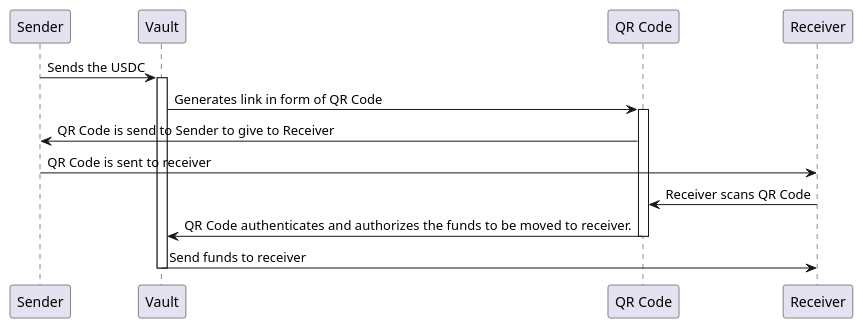
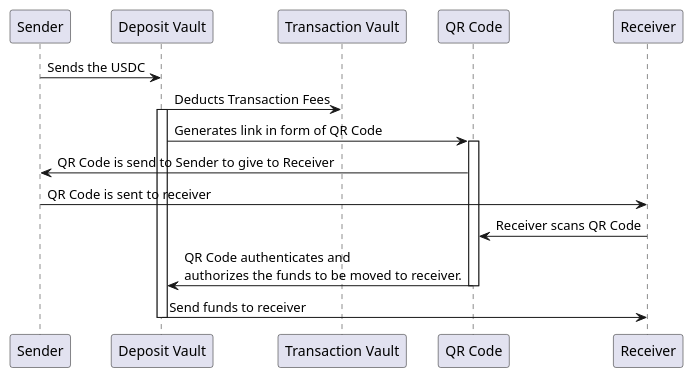
One commit to draflier/RedPacket changed the diagram in plantuml/red_packet.plantuml. Above: the diagram before and after it, drawn with PlantUML.

Commit message:
include transaction cost flow

```diff
--- a/plantuml/red_packet.plantuml
+++ b/plantuml/red_packet.plantuml
@@ -1,21 +1,24 @@
 @startuml
 participant Sender
-participant Vault
+
+participant "Deposit Vault"
+participant "Transaction Vault"
 participant "QR Code"
 participant Receiver
 
 
-Sender -> Vault: Sends the USDC 
-activate Vault
-Vault -> "QR Code": Generates link in form of QR Code
+Sender -> "Deposit Vault" : Sends the USDC 
+"Deposit Vault" -> "Transaction Vault" : Deducts Transaction Fees
+activate "Deposit Vault"
+"Deposit Vault" -> "QR Code": Generates link in form of QR Code
 activate "QR Code"
 "QR Code" -> Sender: QR Code is send to Sender to give to Receiver
 Sender -> Receiver: QR Code is sent to receiver 
 Receiver -> "QR Code": Receiver scans QR Code
 
-"QR Code" -> Vault: QR Code authenticates and authorizes the funds to be moved to receiver.
+"QR Code" -> "Deposit Vault": QR Code authenticates and \nauthorizes the funds to be moved to receiver.
 deactivate "QR Code"
-Vault -> Receiver: Send funds to receiver
-deactivate Vault
+"Deposit Vault" -> Receiver: Send funds to receiver
+deactivate "Deposit Vault"
 
 @enduml
```
